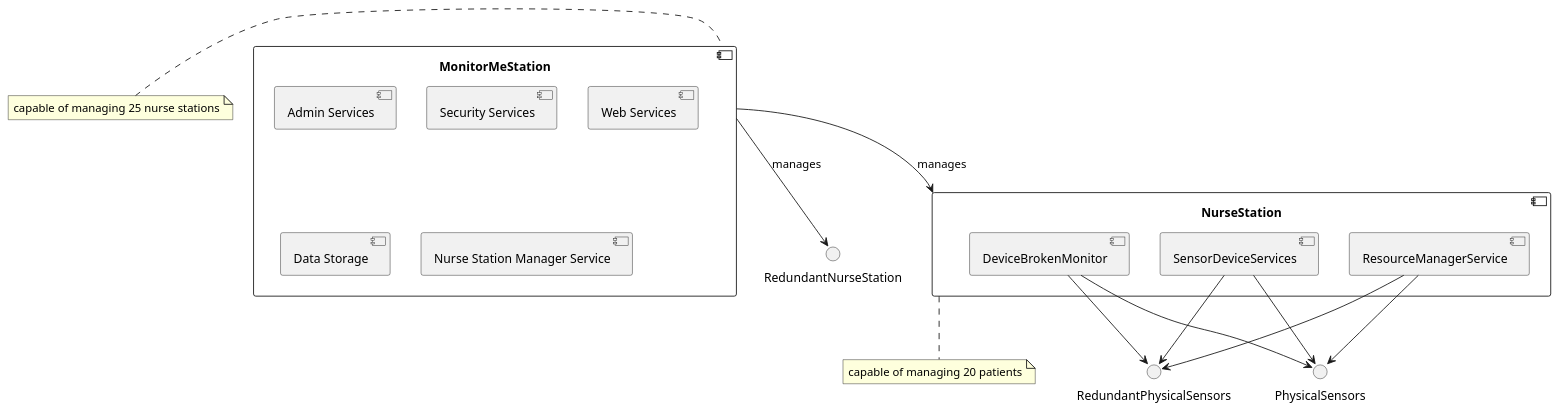
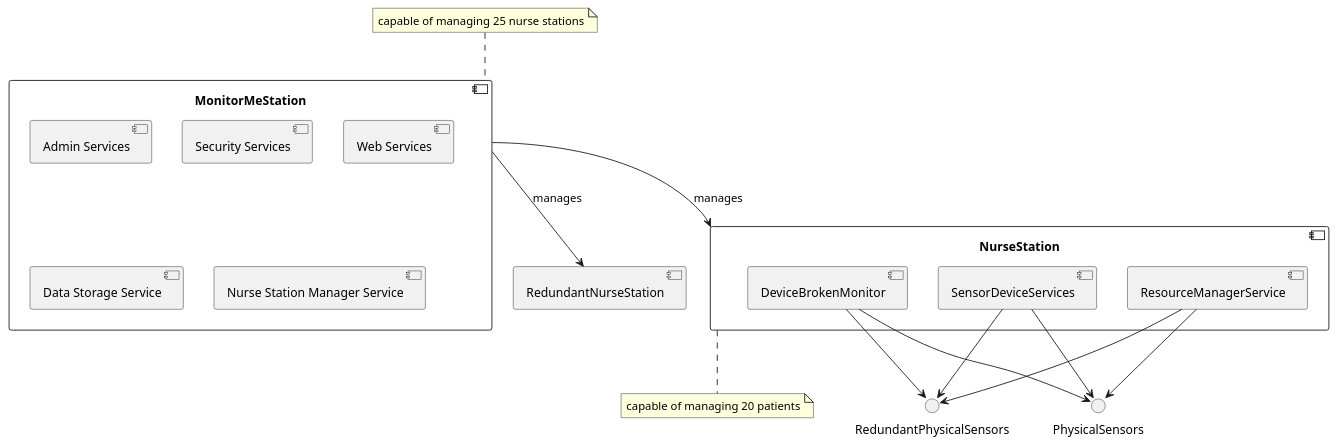
One commit to FlynnMa/MonitorMe_KatasSigmaConnectivity changed the diagram in 05-umlcode/custProjectManager.puml. Above: the diagram before and after it, drawn with PlantUML. The commit also changed 3 other files, not shown here.

```diff
--- a/05-umlcode/custProjectManager.puml
+++ b/05-umlcode/custProjectManager.puml
@@ -1,30 +1,32 @@
 @startuml
 
 component MonitorMeStation {
   [Admin Services]
   [Security Services]
   [Web Services]
-  [Data Storage]
+  [Data Storage Service]
   [Nurse Station Manager Service]
 }
 
 component NurseStation {
   [SensorDeviceServices]
   [ResourceManagerService]
   [DeviceBrokenMonitor]
 }
 
-MonitorMeStation --> NurseStation : manages
-MonitorMeStation --> RedundantNurseStation : manages
+component RedundantNurseStation
+
+MonitorMeStation -down-> NurseStation : manages
+MonitorMeStation -down-> RedundantNurseStation : manages
 
 SensorDeviceServices --> PhysicalSensors
 SensorDeviceServices --> RedundantPhysicalSensors
 DeviceBrokenMonitor  --> PhysicalSensors
 DeviceBrokenMonitor  --> RedundantPhysicalSensors
 ResourceManagerService  --> PhysicalSensors
 ResourceManagerService  --> RedundantPhysicalSensors
 
-note left of MonitorMeStation: capable of managing 25 nurse stations
+note top of MonitorMeStation: capable of managing 25 nurse stations
 note bottom of NurseStation: capable of managing 20 patients
 
 @enduml
```
